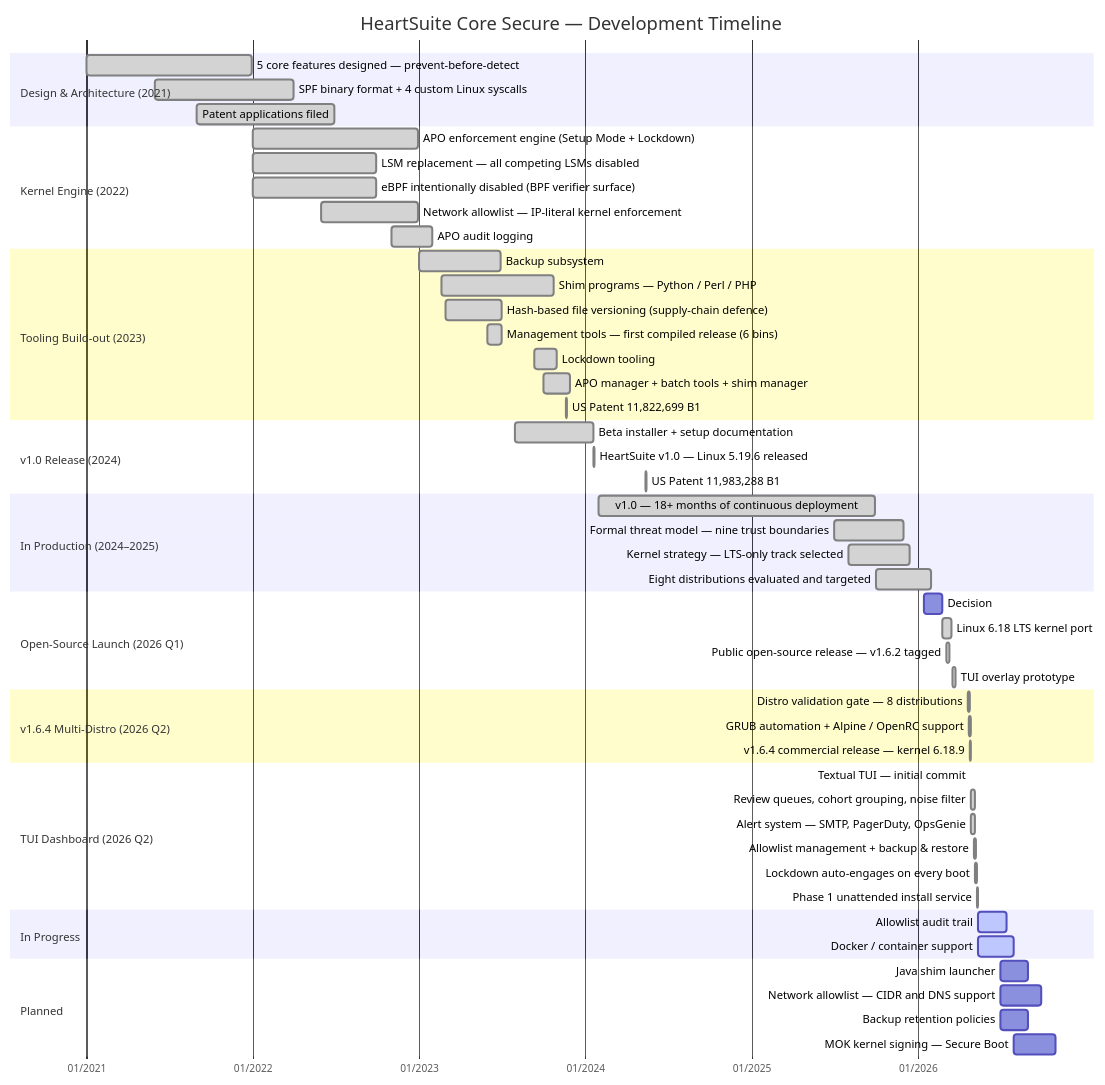
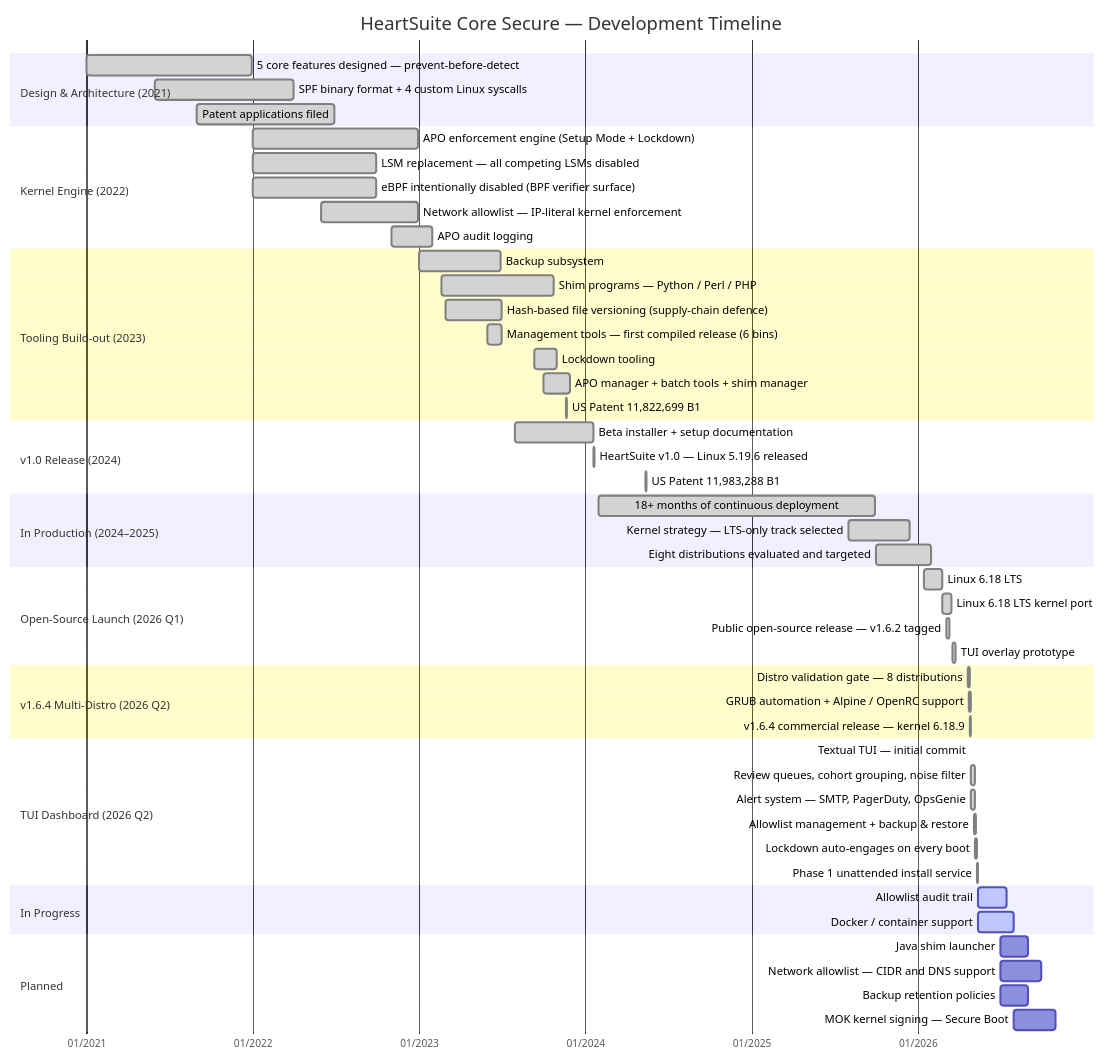
Before and after one commit to HeartSecuritySuite/heartsuite-docs: the diagram in content/en/docs/roadmap/_index.md, drawn with Mermaid. The commit also changed other lines of this file, not shown here.

Commit message:
docs(roadmap): remove formal threat model entry from the public timeline

````diff
--- a/content/en/docs/roadmap/_index.md
+++ b/content/en/docs/roadmap/_index.md
@@ -21,67 +21,66 @@
 ```mermaid
 gantt
     title HeartSuite Core Secure — Development Timeline
     dateFormat YYYY-MM-DD
     axisFormat %m/%Y
 
     section Design & Architecture (2021)
     5 core features designed — prevent-before-detect  :done, 2021-01-01, 2021-12-31
     SPF binary format + 4 custom Linux syscalls        :done, 2021-06-01, 2022-03-31
     Patent applications filed                          :done, 2021-09-01, 2022-06-30
 
     section Kernel Engine (2022)
     APO enforcement engine (Setup Mode + Lockdown)     :done, 2022-01-01, 2022-12-31
     LSM replacement — all competing LSMs disabled      :done, 2022-01-01, 2022-09-30
     eBPF intentionally disabled (BPF verifier surface) :done, 2022-01-01, 2022-09-30
     Network allowlist — IP-literal kernel enforcement  :done, 2022-06-01, 2022-12-31
     APO audit logging                                  :done, 2022-11-01, 2023-01-31
 
     section Tooling Build-out (2023)
     Backup subsystem                                  :done, 2023-01-01, 2023-06-30
     Shim programs — Python / Perl / PHP               :done, 2023-02-20, 2023-10-25
     Hash-based file versioning (supply-chain defence) :done, 2023-03-01, 2023-07-01
     Management tools — first compiled release (6 bins) :done, 2023-06-01, 2023-07-01
     Lockdown tooling                                  :done, 2023-09-11, 2023-10-31
     APO manager + batch tools + shim manager          :done, 2023-10-01, 2023-11-30
     US Patent 11,822,699 B1                           :done, 2023-11-21, 2023-11-22
 
     section v1.0 Release (2024)
     Beta installer + setup documentation              :done, 2023-07-31, 2024-01-20
     HeartSuite v1.0 — Linux 5.19.6 released           :done, 2024-01-20, 2024-01-21
     US Patent 11,983,288 B1                           :done, 2024-05-14, 2024-05-15
 
     section In Production (2024–2025)
-    v1.0 — 18+ months of continuous deployment        :done, 2024-02-01, 2025-09-30
-    Formal threat model — nine trust boundaries       :done, 2025-07-01, 2025-11-30
+    18+ months of continuous deployment        :done, 2024-02-01, 2025-09-30
     Kernel strategy — LTS-only track selected         :done, 2025-08-01, 2025-12-15
     Eight distributions evaluated and targeted        :done, 2025-10-01, 2026-01-31
 
     section Open-Source Launch (2026 Q1)
-    Decision: target Linux 6.18 LTS instead           :done, 2026-01-15, 2026-02-24
+    Linux 6.18 LTS          :done, 2026-01-15, 2026-02-24
     Linux 6.18 LTS kernel port                        :done, 2026-02-25, 2026-03-17
     Public open-source release — v1.6.2 tagged        :done, 2026-03-05, 2026-03-12
     TUI overlay prototype                             :done, 2026-03-18, 2026-03-26
 
     section v1.6.4 Multi-Distro (2026 Q2)
     Distro validation gate — 8 distributions          :done, 2026-04-22, 2026-04-26
     GRUB automation + Alpine / OpenRC support         :done, 2026-04-23, 2026-04-29
     v1.6.4 commercial release — kernel 6.18.9         :done, 2026-04-26, 2026-04-27
 
     section TUI Dashboard (2026 Q2)
     Textual TUI — initial commit                      :done, 2026-04-28, 2026-04-29
     Review queues, cohort grouping, noise filter      :done, 2026-04-28, 2026-05-07
     Alert system — SMTP, PagerDuty, OpsGenie          :done, 2026-04-28, 2026-05-07
     Allowlist management + backup & restore           :done, 2026-05-04, 2026-05-10
     Lockdown auto-engages on every boot               :done, 2026-05-07, 2026-05-12
     Phase 1 unattended install service                :done, 2026-05-12, 2026-05-14
 
     section In Progress
     Allowlist audit trail                             :active, 2026-05-14, 2026-07-15
     Docker / container support                        :active, 2026-05-14, 2026-07-31
 
     section Planned
     Java shim launcher                               :2026-07-01, 2026-08-31
     Network allowlist — CIDR and DNS support         :2026-07-01, 2026-09-30
     Backup retention policies                        :2026-07-01, 2026-08-31
     MOK kernel signing — Secure Boot                 :2026-08-01, 2026-10-31
 ```
````
